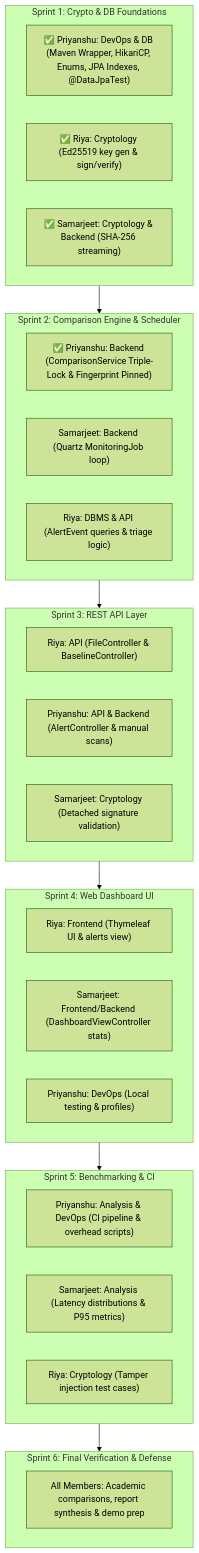
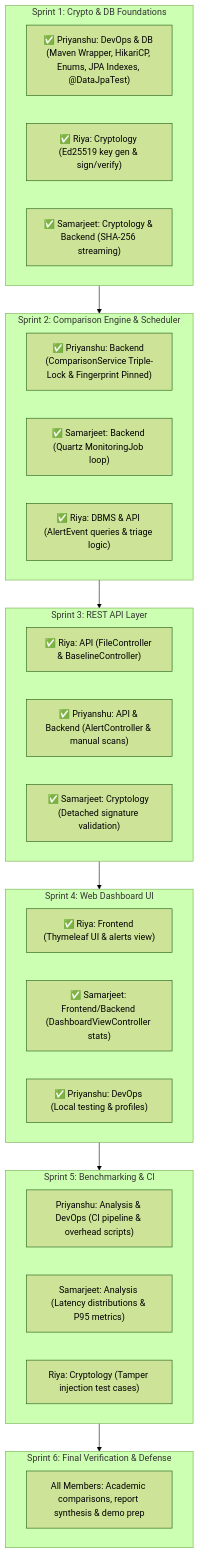
The diagram in docs/BRAIN.md (PG300604/HashWatch), drawn with Mermaid (forest theme) before and after one commit. The commit also changed 9 other files, not shown here.

Commit message:
feat(frontend): implement responsive Thymeleaf dashboard, alert triage feed, async client sync, and MockMvc tests (Resolves S4-T1, S4-T2, SB-2, SB-3)

````diff
--- a/docs/BRAIN.md
+++ b/docs/BRAIN.md
@@ -70,38 +70,38 @@
 ```mermaid
 flowchart TD
     subgraph Sprint1["Sprint 1: Crypto & DB Foundations"]
         S1P["✅ Priyanshu: DevOps & DB (Maven Wrapper, HikariCP, Enums, JPA Indexes, @DataJpaTest)"]
         S1R["✅ Riya: Cryptology (Ed25519 key gen & sign/verify)"]
         S1S["✅ Samarjeet: Cryptology & Backend (SHA-256 streaming)"]
     end
 
     subgraph Sprint2["Sprint 2: Comparison Engine & Scheduler"]
         S2P["✅ Priyanshu: Backend (ComparisonService Triple-Lock & Fingerprint Pinned)"]
-        S2S["Samarjeet: Backend (Quartz MonitoringJob loop)"]
-        S2R["Riya: DBMS & API (AlertEvent queries & triage logic)"]
+        S2S["✅ Samarjeet: Backend (Quartz MonitoringJob loop)"]
+        S2R["✅ Riya: DBMS & API (AlertEvent queries & triage logic)"]
     end
 
     subgraph Sprint3["Sprint 3: REST API Layer"]
-        S3R["Riya: API (FileController & BaselineController)"]
-        S3P["Priyanshu: API & Backend (AlertController & manual scans)"]
-        S3S["Samarjeet: Cryptology (Detached signature validation)"]
+        S3R["✅ Riya: API (FileController & BaselineController)"]
+        S3P["✅ Priyanshu: API & Backend (AlertController & manual scans)"]
+        S3S["✅ Samarjeet: Cryptology (Detached signature validation)"]
     end
 
     subgraph Sprint4["Sprint 4: Web Dashboard UI"]
-        S4R["Riya: Frontend (Thymeleaf UI & alerts view)"]
-        S4S["Samarjeet: Frontend/Backend (DashboardViewController stats)"]
-        S4P["Priyanshu: DevOps (Local testing & profiles)"]
+        S4R["✅ Riya: Frontend (Thymeleaf UI & alerts view)"]
+        S4S["✅ Samarjeet: Frontend/Backend (DashboardViewController stats)"]
+        S4P["✅ Priyanshu: DevOps (Local testing & profiles)"]
     end
 
     subgraph Sprint5["Sprint 5: Benchmarking & CI"]
         S5P["Priyanshu: Analysis & DevOps (CI pipeline & overhead scripts)"]
         S5S["Samarjeet: Analysis (Latency distributions & P95 metrics)"]
         S5R["Riya: Cryptology (Tamper injection test cases)"]
     end
 
     subgraph Sprint6["Sprint 6: Final Verification & Defense"]
         ALL["All Members: Academic comparisons, report synthesis & demo prep"]
     end
 
     Sprint1 --> Sprint2 --> Sprint3 --> Sprint4 --> Sprint5 --> Sprint6
 ```
````
